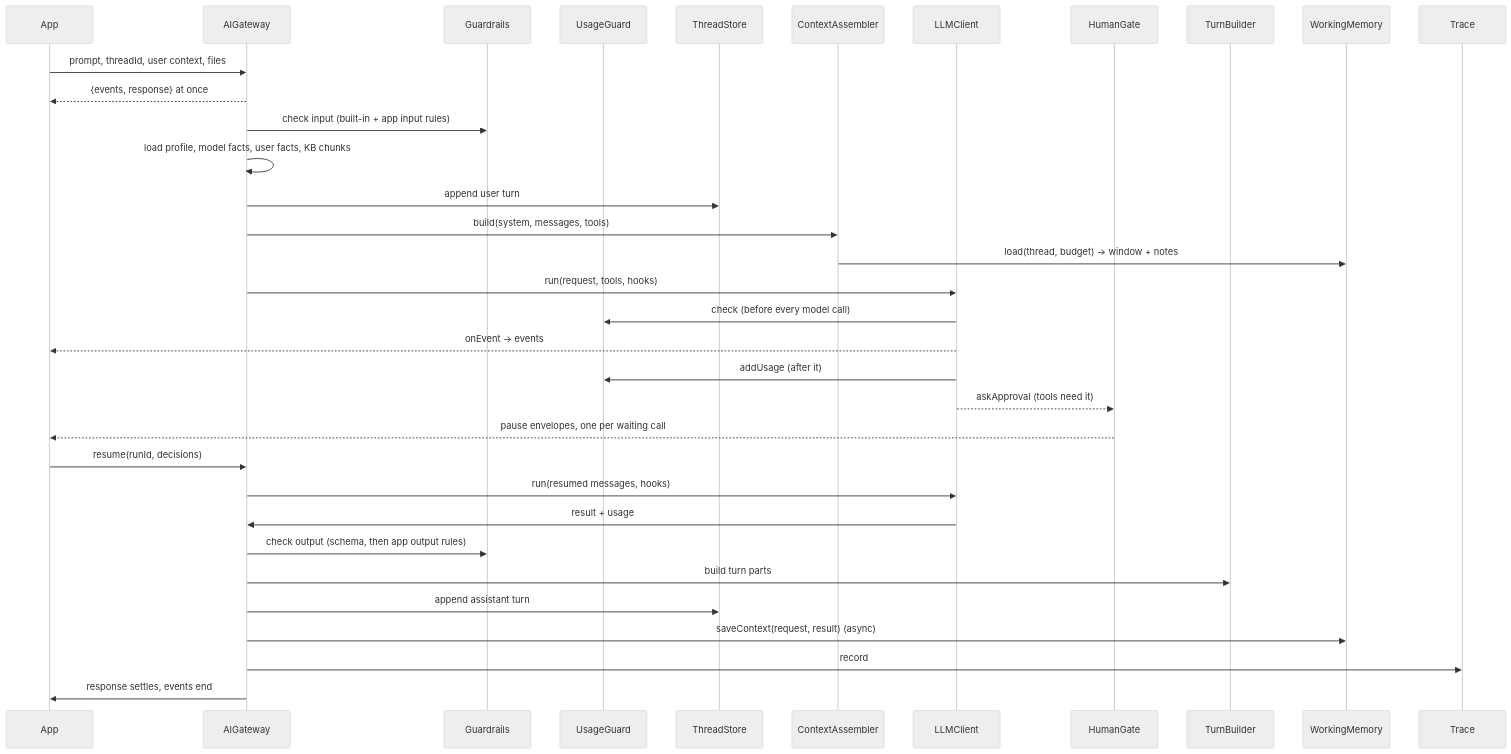
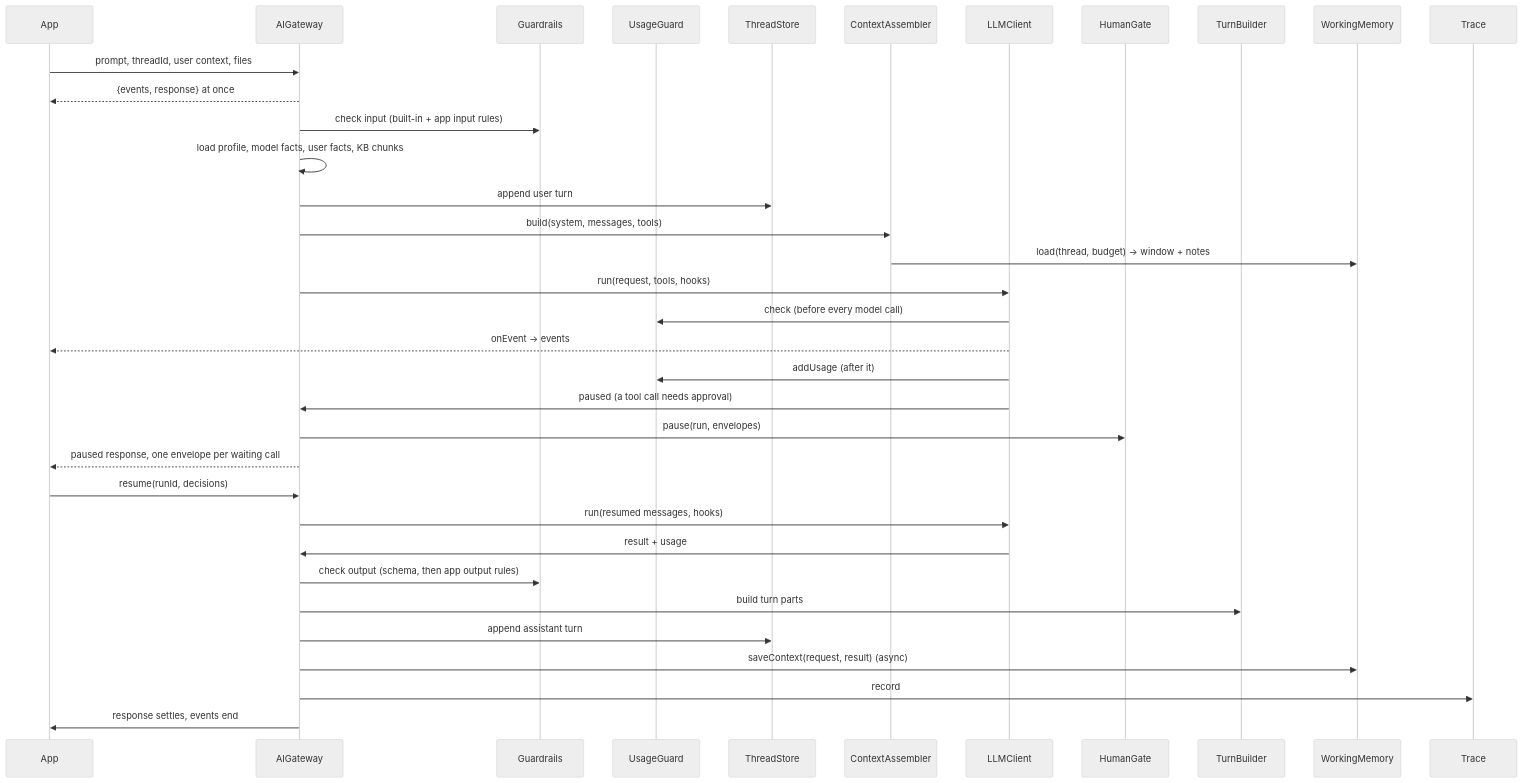
The third of 3 diagrams in docs/30-architecture/Architecture and trade-offs.md (aneldev/dyna-ai-gateway), drawn with Mermaid before and after one commit. The commit also changed other lines of this file and 11 other files, not shown here.

````diff
--- a/docs/30-architecture/Architecture and trade-offs.md
+++ b/docs/30-architecture/Architecture and trade-offs.md
@@ -149,38 +152,39 @@
 ```mermaid
 %%{init: {'theme':'neutral'}}%%
 sequenceDiagram
   participant App
   participant GW as AIGateway
   participant GR as Guardrails
   participant UG as UsageGuard
   participant TS as ThreadStore
   participant CA as ContextAssembler
   participant DR as LLMClient
   participant HG as HumanGate
   participant TB as TurnBuilder
   participant WM as WorkingMemory
   participant TRC as Trace
 
   App->>GW: prompt, threadId, user context, files
   GW-->>App: {events, response} at once
   GW->>GR: check input (built-in + app input rules)
   GW->>GW: load profile, model facts, user facts, KB chunks
   GW->>TS: append user turn
   GW->>CA: build(system, messages, tools)
   CA->>WM: load(thread, budget) → window + notes
   GW->>DR: run(request, tools, hooks)
   DR->>UG: check (before every model call)
   DR-->>App: onEvent → events
   DR->>UG: addUsage (after it)
-  DR-->>HG: askApproval (tools need it)
-  HG-->>App: pause envelopes, one per waiting call
+  DR->>GW: paused (a tool call needs approval)
+  GW->>HG: pause(run, envelopes)
+  GW-->>App: paused response, one envelope per waiting call
   App->>GW: resume(runId, decisions)
   GW->>DR: run(resumed messages, hooks)
   DR->>GW: result + usage
   GW->>GR: check output (schema, then app output rules)
   GW->>TB: build turn parts
   GW->>TS: append assistant turn
   GW->>WM: saveContext(request, result) (async)
   GW->>TRC: record
   GW->>App: response settles, events end
 ```
````
